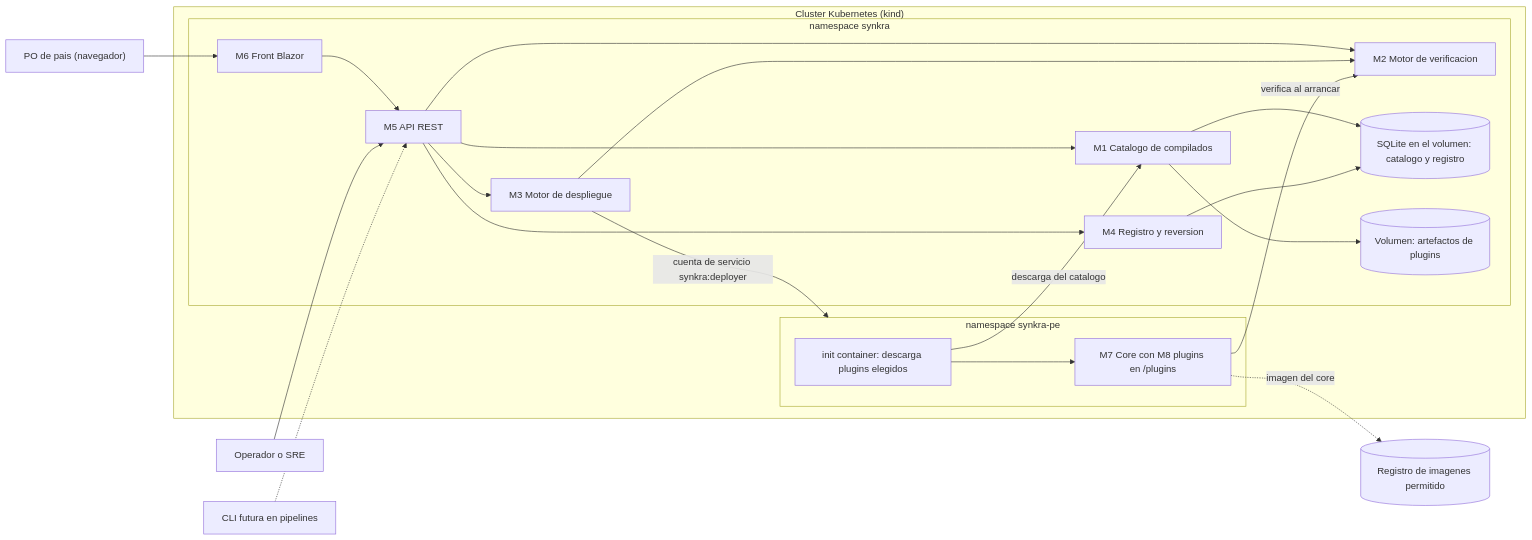
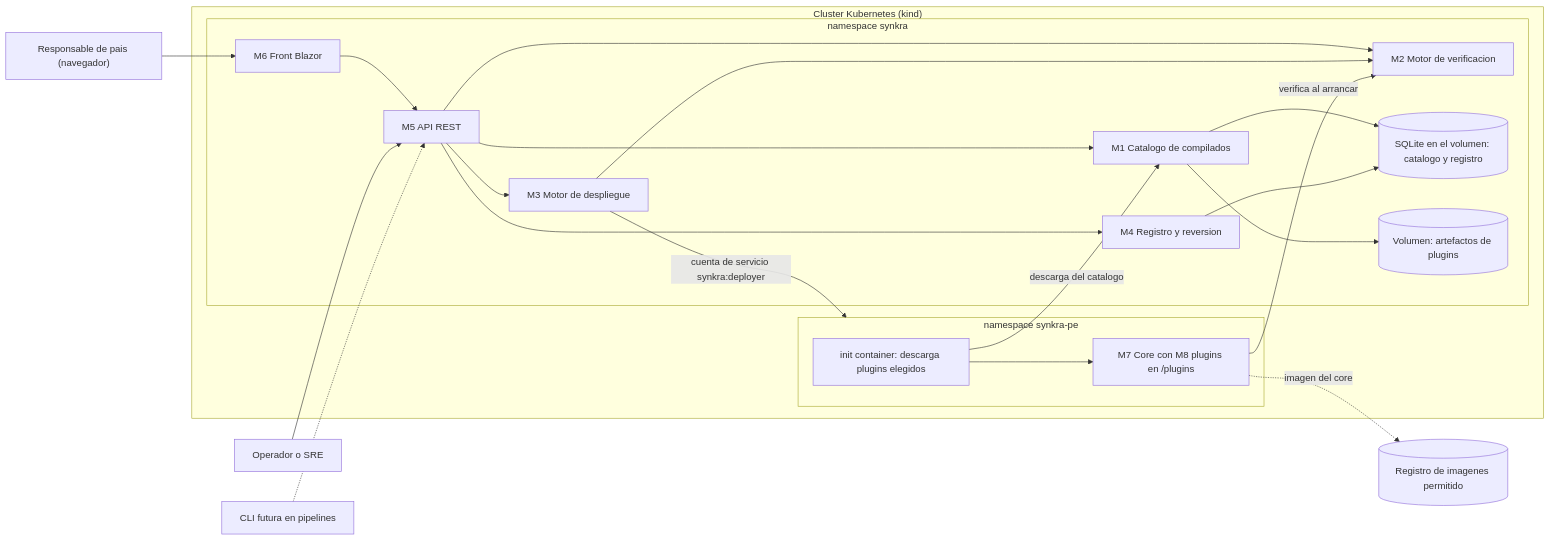
Before and after one commit to Jacarrilloc/SynKra: the diagram in Modulo 3/specs/prd.md, drawn with Mermaid. The commit also changed other lines of this file and 5 other files, not shown here.

````diff
--- a/Modulo 3/specs/prd.md
+++ b/Modulo 3/specs/prd.md
@@ -401,41 +401,41 @@
 ```mermaid
 flowchart LR
-    PO["PO de pais (navegador)"]
+    PO["Responsable de pais (navegador)"]
     OPS["Operador o SRE"]
     CLI["CLI futura en pipelines"]
     IMG[("Registro de imagenes permitido")]
 
     subgraph K8S["Cluster Kubernetes (kind)"]
         subgraph NSS["namespace synkra"]
             FE["M6 Front Blazor"]
             API["M5 API REST"]
             CAT["M1 Catalogo de compilados"]
             VER["M2 Motor de verificacion"]
             DEP["M3 Motor de despliegue"]
             LOG["M4 Registro y reversion"]
             DB[("SQLite en el volumen: catalogo y registro")]
             PVC[("Volumen: artefactos de plugins")]
         end
         subgraph NSP["namespace synkra-pe"]
             INIT["init container: descarga plugins elegidos"]
             CORE["M7 Core con M8 plugins en /plugins"]
         end
     end
 
     PO --> FE --> API
     OPS --> API
     CLI -.-> API
     API --> CAT
     API --> VER
     API --> DEP
     API --> LOG
     CAT --> DB
     CAT --> PVC
     LOG --> DB
     DEP --> VER
     DEP -->|"cuenta de servicio synkra:deployer"| NSP
     INIT -->|"descarga del catalogo"| CAT
     INIT --> CORE
     CORE -->|"verifica al arrancar"| VER
     CORE -.->|"imagen del core"| IMG
 ```
````
